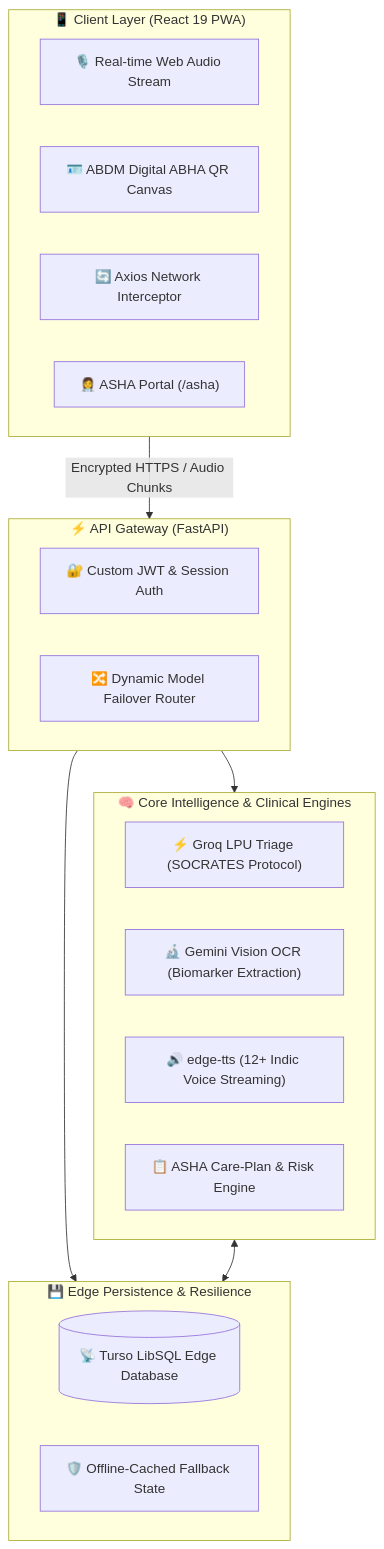
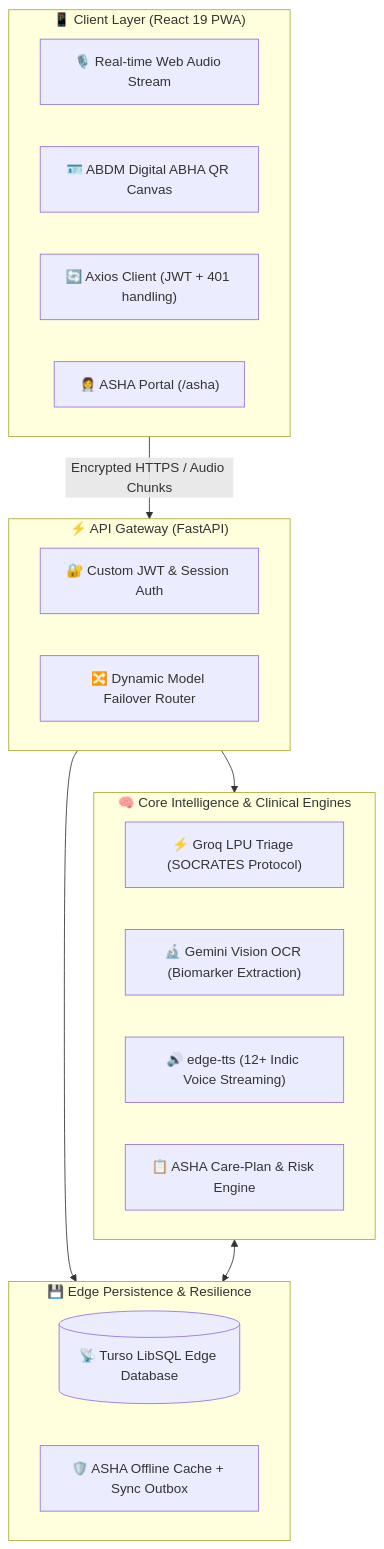
Before and after one commit to Hackathon-ptu/SehatMitra-AI: the first of 3 diagrams in README.md, drawn with Mermaid. The commit also changed other lines of this file and 3 other files, not shown here.

````diff
--- a/README.md
+++ b/README.md
@@ -60,31 +60,31 @@
 ```mermaid
 flowchart TD
     subgraph Client ["📱 Client Layer (React 19 PWA)"]
         A["🎙️ Real-time Web Audio Stream"]
         B["🪪 ABDM Digital ABHA QR Canvas"]
-        C["🔄 Axios Network Interceptor"]
+        C["🔄 Axios Client (JWT + 401 handling)"]
         K["👩‍⚕️ ASHA Portal (/asha)"]
     end
 
     subgraph Gateway ["⚡ API Gateway (FastAPI)"]
         D["🔐 Custom JWT & Session Auth"]
         E["🔀 Dynamic Model Failover Router"]
     end
 
     subgraph Engines ["🧠 Core Intelligence & Clinical Engines"]
         F["⚡ Groq LPU Triage (SOCRATES Protocol)"]
         G["🔬 Gemini Vision OCR (Biomarker Extraction)"]
         H["🔊 edge-tts (12+ Indic Voice Streaming)"]
         L["📋 ASHA Care-Plan & Risk Engine"]
     end
 
     subgraph Data ["💾 Edge Persistence & Resilience"]
         I[("📡 Turso LibSQL Edge Database")]
-        J["🛡️ Offline-Cached Fallback State"]
+        J["🛡️ ASHA Offline Cache + Sync Outbox"]
     end
 
     Client -->|Encrypted HTTPS / Audio Chunks| Gateway
     Gateway --> Engines
     Gateway --> Data
     Engines <--> Data
 ```
````
